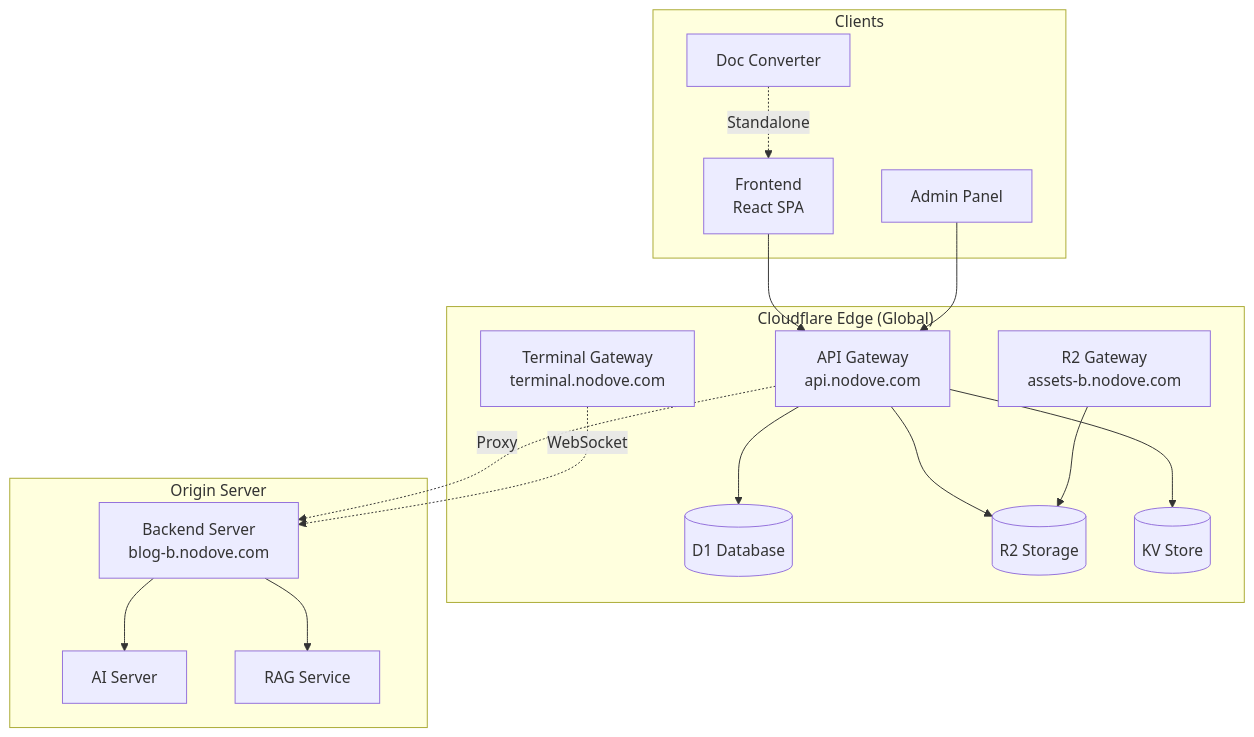
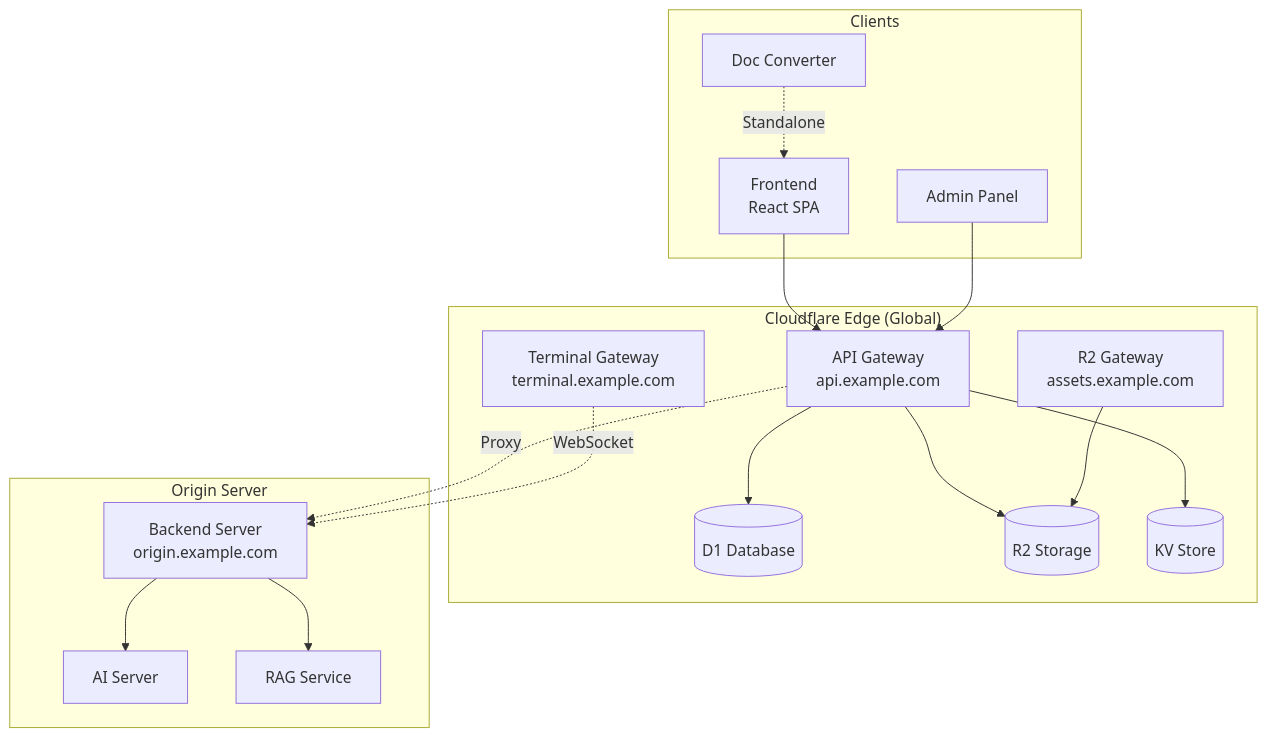
Before and after one commit to choisimo/blog: the first of 3 diagrams in README.md, drawn with Mermaid. The commit also changed other lines of this file and 11 other files, not shown here.

````diff
--- a/README.md
+++ b/README.md
@@ -7,39 +9,39 @@
 ```mermaid
 flowchart TB
     subgraph "Clients"
         FE[Frontend<br/>React SPA]
         ADMIN[Admin Panel]
         DOC[Doc Converter]
     end
 
     subgraph "Cloudflare Edge (Global)"
-        API_GW[API Gateway<br/>api.nodove.com]
-        R2_GW[R2 Gateway<br/>assets-b.nodove.com]
-        TERM_GW[Terminal Gateway<br/>terminal.nodove.com]
+        API_GW[API Gateway<br/>api.example.com]
+        R2_GW[R2 Gateway<br/>assets.example.com]
+        TERM_GW[Terminal Gateway<br/>terminal.example.com]
         
         D1[(D1 Database)]
         R2[(R2 Storage)]
         KV[(KV Store)]
     end
 
     subgraph "Origin Server"
-        BE[Backend Server<br/>blog-b.nodove.com]
+        BE[Backend Server<br/>origin.example.com]
         AI_SRV[AI Server]
         RAG[RAG Service]
     end
 
     FE --> API_GW
     ADMIN --> API_GW
     DOC -.->|Standalone| FE
     
     API_GW --> D1
     API_GW --> R2
     API_GW --> KV
     API_GW -.->|Proxy| BE
     
     R2_GW --> R2
     TERM_GW -.->|WebSocket| BE
     
     BE --> AI_SRV
     BE --> RAG
 ```
````
